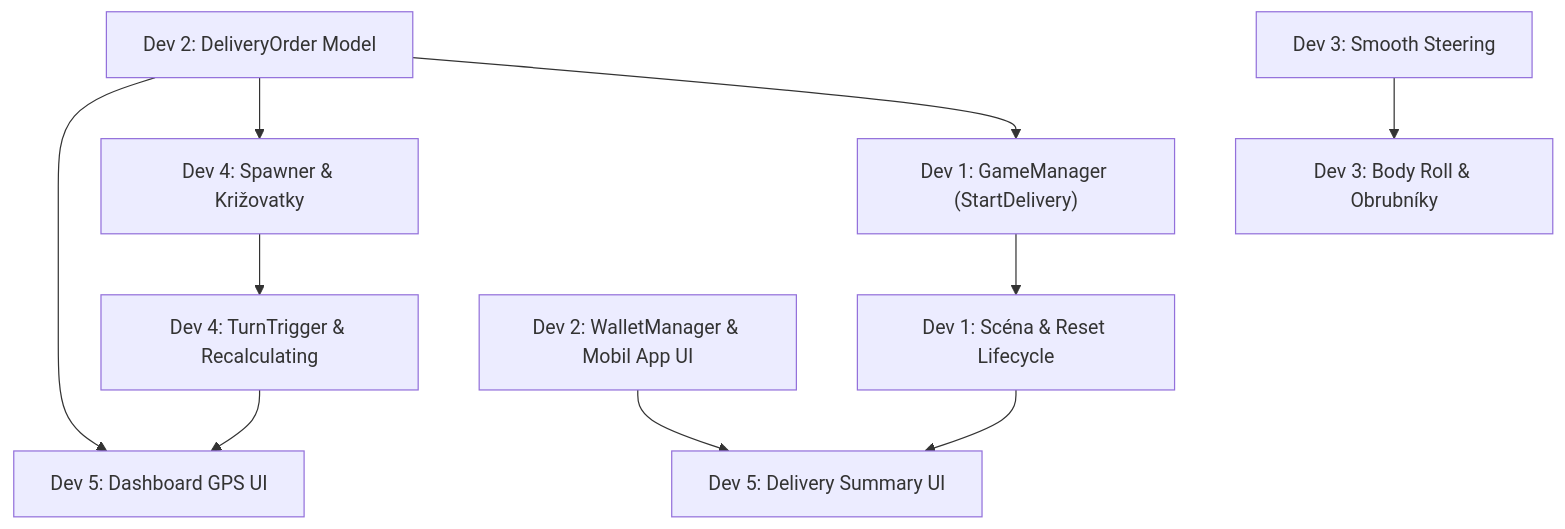
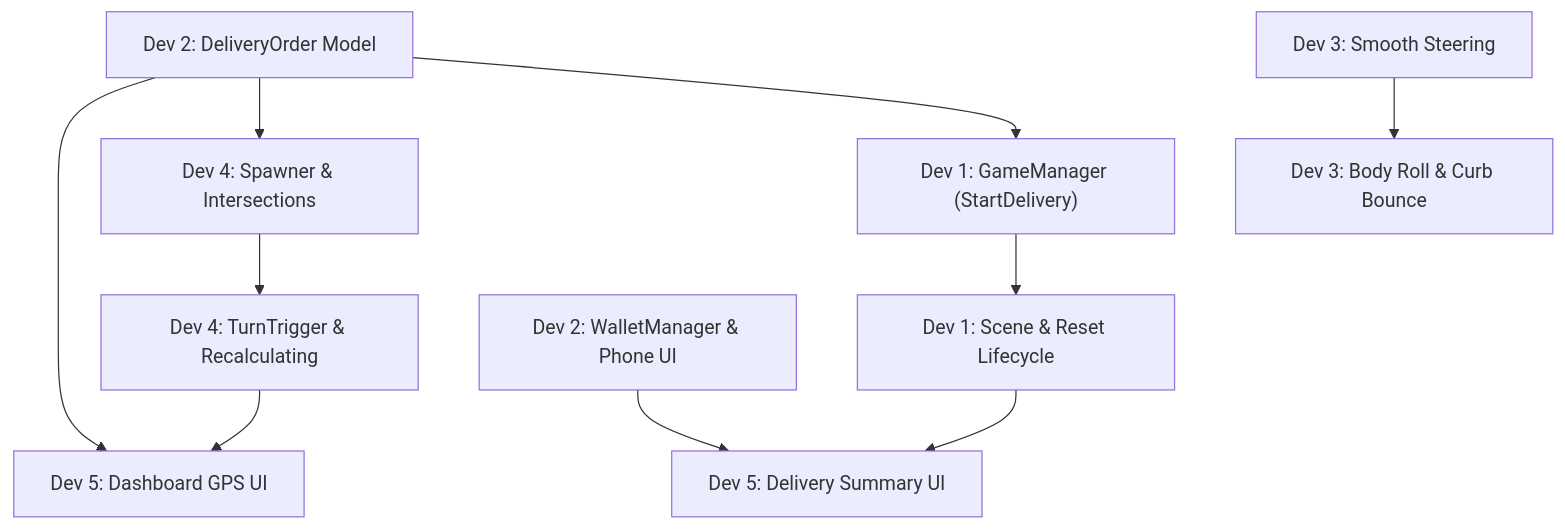
Before and after one commit to daaviid9/DoomDriver: the diagram in Docs/Sprints/Sprint_01_Pivot_Courier_Loop.md, drawn with Mermaid. The commit also changed other lines of this file and 12 other files, not shown here.

````diff
--- a/Docs/Sprints/Sprint_01_Pivot_Courier_Loop.md
+++ b/Docs/Sprints/Sprint_01_Pivot_Courier_Loop.md
@@ -22,15 +21,12 @@
 ```mermaid
 flowchart TD
     D2_1["Dev 2: DeliveryOrder Model"] --> D1_1["Dev 1: GameManager (StartDelivery)"]
-    D2_1 --> D4_1["Dev 4: Spawner & Križovatky"]
+    D2_1 --> D4_1["Dev 4: Spawner & Intersections"]
     D2_1 --> D5_1["Dev 5: Dashboard GPS UI"]
-    
     D4_1 --> D4_2["Dev 4: TurnTrigger & Recalculating"]
     D4_2 --> D5_1
-    
-    D3_1["Dev 3: Smooth Steering"] --> D3_2["Dev 3: Body Roll & Obrubníky"]
-    
-    D1_1 --> D1_2["Dev 1: Scéna & Reset Lifecycle"]
-    D2_2["Dev 2: WalletManager & Mobil App UI"] --> D5_2["Dev 5: Delivery Summary UI"]
+    D3_1["Dev 3: Smooth Steering"] --> D3_2["Dev 3: Body Roll & Curb Bounce"]
+    D1_1 --> D1_2["Dev 1: Scene & Reset Lifecycle"]
+    D2_2["Dev 2: WalletManager & Phone UI"] --> D5_2["Dev 5: Delivery Summary UI"]
     D1_2 --> D5_2
 ```
````
